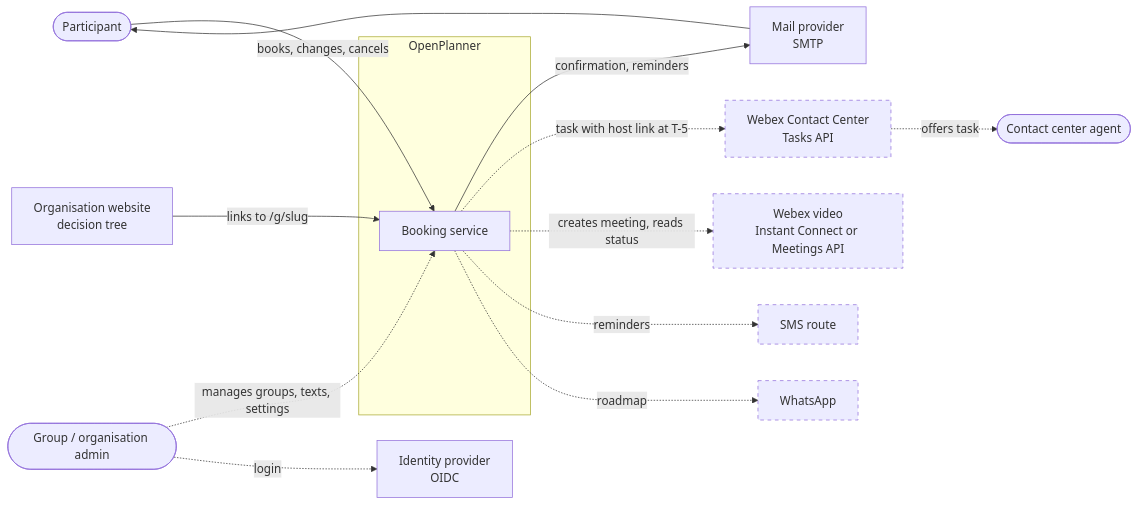
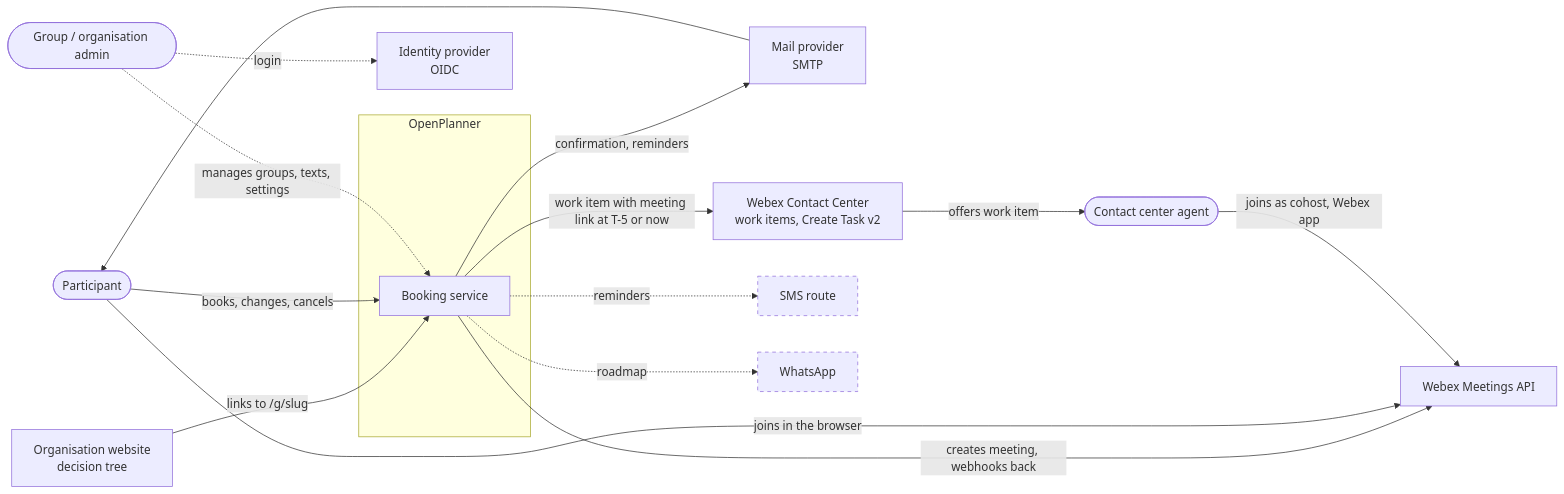
One commit to 3Corners-Labs/OpenPlanner changed the first of 13 diagrams in docs/architecture.md. Above: the diagram before and after it, drawn with Mermaid. The commit also changed other lines of this file and 13 other files, not shown here.

First line of the commit message:
docs: WP5/6 in runbook, threat model, dataflow, architecture; Control Hub checklist

````diff
--- a/docs/architecture.md
+++ b/docs/architecture.md
@@ -32,32 +32,34 @@
 ```mermaid
 flowchart LR
     participant([Participant])
     website[Organisation website<br/>decision tree]
     admin([Group / organisation admin])
     agent([Contact center agent])
 
     subgraph op [OpenPlanner]
         service[Booking service]
     end
 
     smtp[Mail provider<br/>SMTP]
-    wxcc[Webex Contact Center<br/>Tasks API]
-    video[Webex video<br/>Instant Connect or Meetings API]
+    wxcc[Webex Contact Center<br/>work items, Create Task v2]
+    video[Webex Meetings API]
     idp[Identity provider<br/>OIDC]
     sms[SMS route]
     whatsapp[WhatsApp]
 
     website -- links to /g/slug --> service
     participant -- books, changes, cancels --> service
     service -- confirmation, reminders --> smtp --> participant
     admin -. manages groups, texts, settings .-> service
-    service -. task with host link at T-5 .-> wxcc
-    wxcc -. offers task .-> agent
-    service -. creates meeting, reads status .-> video
+    service -- work item with meeting link at T-5 or now --> wxcc
+    wxcc -- offers work item --> agent
+    service -- creates meeting, webhooks back --> video
+    participant -- joins in the browser --> video
+    agent -- joins as cohost, Webex app --> video
     admin -. login .-> idp
     service -. reminders .-> sms
     service -. roadmap .-> whatsapp
 
     classDef planned stroke-dasharray: 5 5
-    class wxcc,video,sms,whatsapp planned
+    class sms,whatsapp planned
 ```
````
